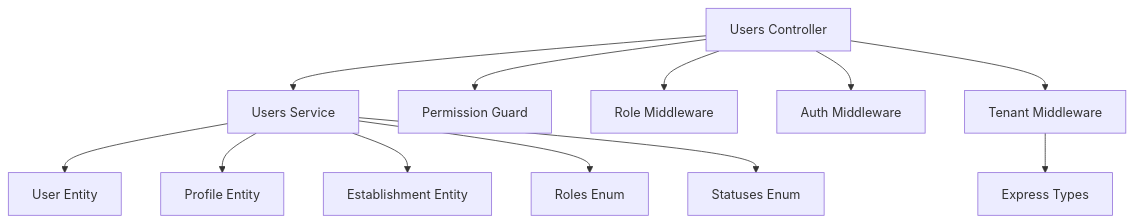
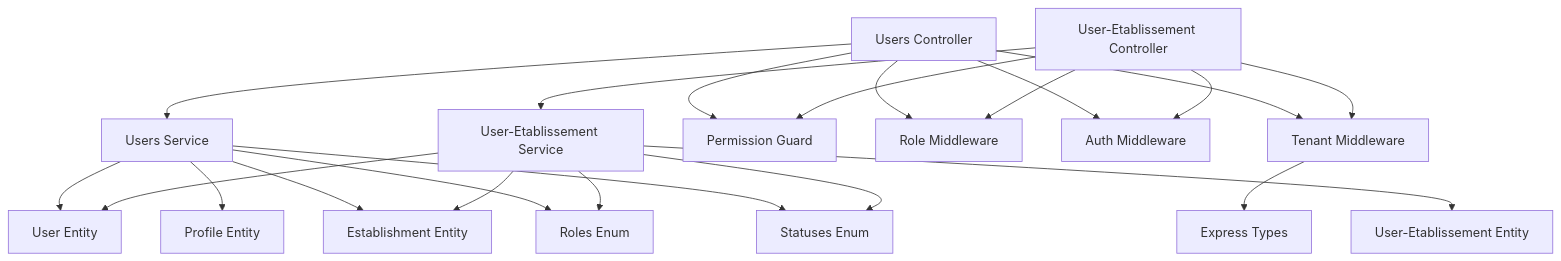
One commit to franckylab/eLISAschool changed the eighth of 8 diagrams in .qoder/repowiki/en/content/Backend API Documentation/User Management API.md. Above: the diagram before and after it, drawn with Mermaid. The commit also changed other lines of this file and 75 other files, not shown here.

````diff
--- a/.qoder/repowiki/en/content/Backend API Documentation/User Management API.md
+++ b/.qoder/repowiki/en/content/Backend API Documentation/User Management API.md
@@ -520,26 +769,39 @@
 ```mermaid
 graph TB
 UC["Users Controller"]
+UEC["User-Etablissement Controller"]
 US["Users Service"]
+UES["User-Etablissement Service"]
 UE["User Entity"]
 PE["Profile Entity"]
+UEE["User-Etablissement Entity"]
 EE["Establishment Entity"]
 RE["Roles Enum"]
 SE["Statuses Enum"]
 PG["Permission Guard"]
 RM["Role Middleware"]
 AM["Auth Middleware"]
 TM["Tenant Middleware"]
 ED["Express Types"]
 UC --> US
+UEC --> UES
 US --> UE
 US --> PE
 US --> EE
+UES --> UEE
+UES --> UE
+UES --> EE
 UC --> PG
 UC --> RM
 UC --> AM
 UC --> TM
+UEC --> PG
+UEC --> RM
+UEC --> AM
+UEC --> TM
 US --> RE
 US --> SE
+UES --> RE
+UES --> SE
 TM --> ED
 ```
````
